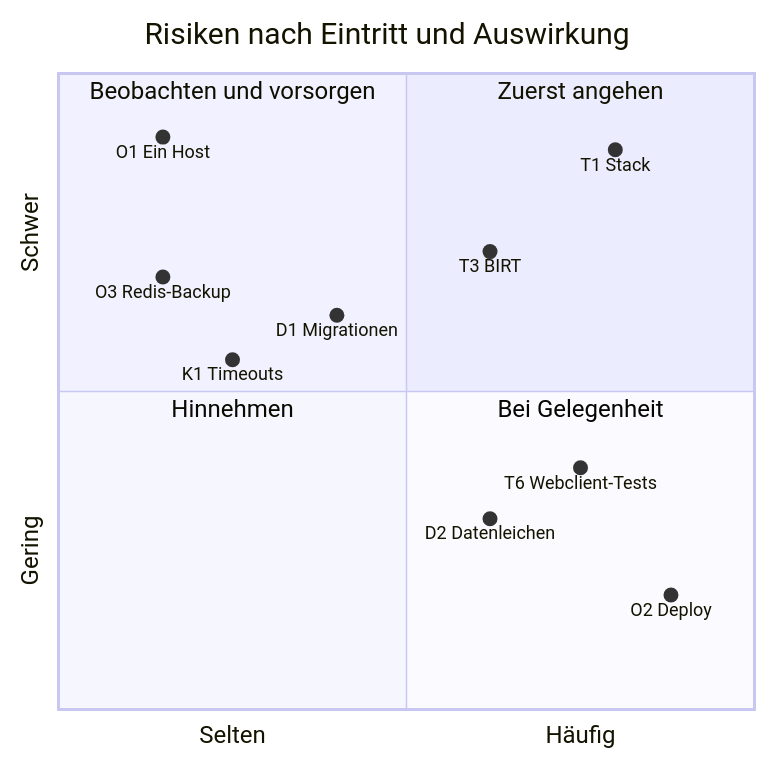
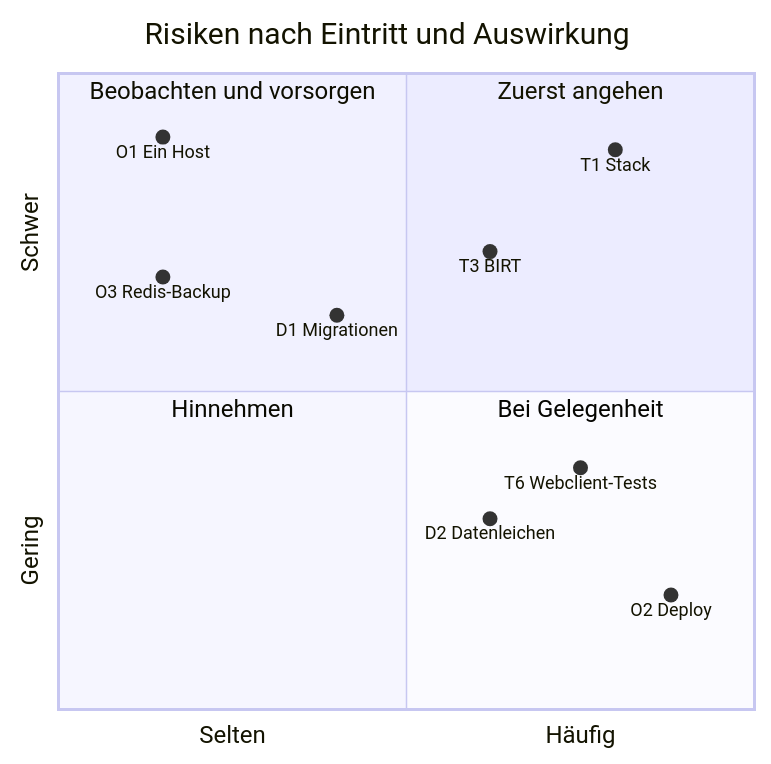
The diagram in docs/arc42/11-risiken-und-technische-schulden.md (HBTGmbH/hbt-power), drawn with Mermaid before and after one commit. The commit also changed other lines of this file and 23 other files, not shown here.

````diff
--- a/docs/arc42/11-risiken-und-technische-schulden.md
+++ b/docs/arc42/11-risiken-und-technische-schulden.md
@@ -5,19 +5,18 @@
 ```mermaid
 quadrantChart
     title Risiken nach Eintritt und Auswirkung
     x-axis Selten --> Häufig
     y-axis Gering --> Schwer
     quadrant-1 Zuerst angehen
     quadrant-2 Beobachten und vorsorgen
     quadrant-3 Hinnehmen
     quadrant-4 Bei Gelegenheit
     T1 Stack: [0.8, 0.88]
     O1 Ein Host: [0.15, 0.9]
     O3 Redis-Backup: [0.15, 0.68]
     T3 BIRT: [0.62, 0.72]
     D1 Migrationen: [0.4, 0.62]
-    K1 Timeouts: [0.25, 0.55]
     T6 Webclient-Tests: [0.75, 0.38]
     D2 Datenleichen: [0.62, 0.3]
     O2 Deploy: [0.88, 0.18]
 ```
````
